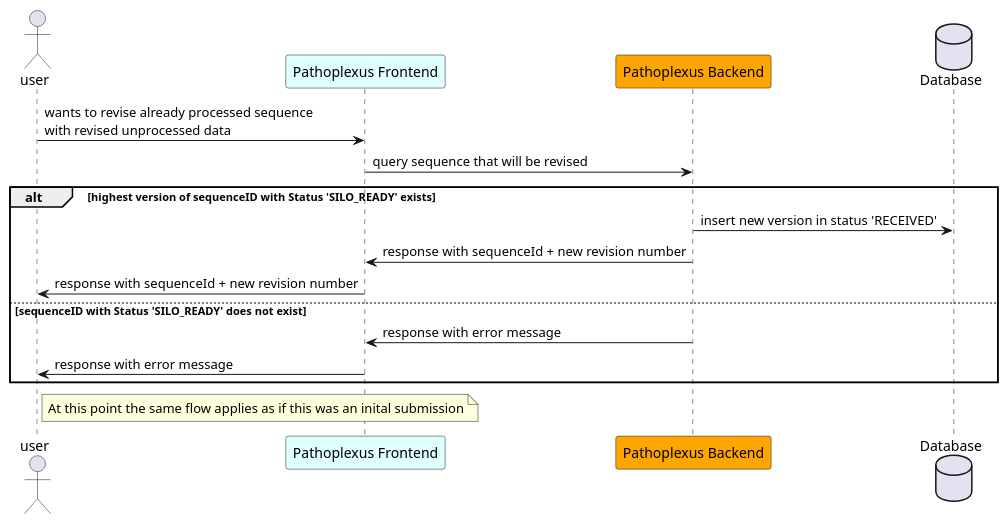
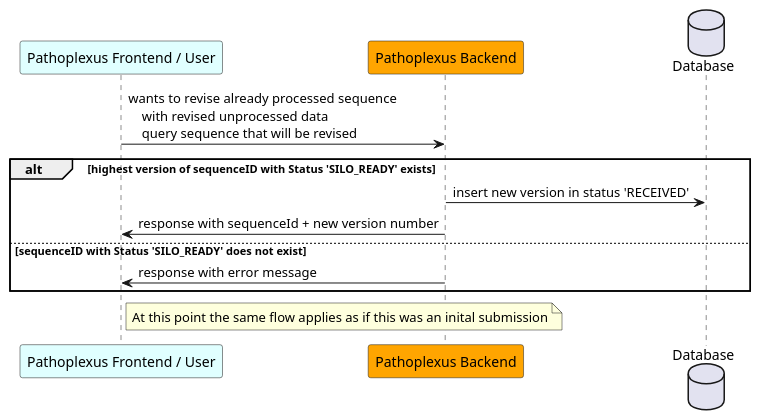
The diagram in backend/docs/plantuml/sequenceRevision.puml (loculus-project/loculus), drawn with PlantUML before and after one commit. The commit also changed 2 other files, not shown here.

Commit message:
docs(backend): adapt sequence diagrams for revocation and revision

```diff
--- a/backend/docs/plantuml/sequenceRevision.puml
+++ b/backend/docs/plantuml/sequenceRevision.puml
@@ -1,23 +1,21 @@
 @startuml
-    actor user
-    participant "Pathoplexus Frontend" as frontend #LightCyan
+    participant "Pathoplexus Frontend / User" as frontend #LightCyan
     participant "Pathoplexus Backend" as backend #Orange
     database "Database" as DB
 
-    user -> frontend: wants to revise already processed sequence\nwith revised unprocessed data
 
-        frontend -> backend: query sequence that will be revised
+    frontend -> backend: wants to revise already processed sequence\n\
+    with revised unprocessed data\n\
+    query sequence that will be revised
 
     alt highest version of sequenceID with Status 'SILO_READY' exists
         backend -> DB: insert new version in status 'RECEIVED'
-    backend -> frontend: response with sequenceId + new revision number
-    frontend -> user: response with sequenceId + new revision number
+    backend -> frontend: response with sequenceId + new version number
     else sequenceID with Status 'SILO_READY' does not exist
         backend -> frontend: response with error message
-        frontend -> user: response with error message
     end
 
-    note right of user
+    note right of frontend
         At this point the same flow applies as if this was an inital submission
     end note
 @enduml
```
